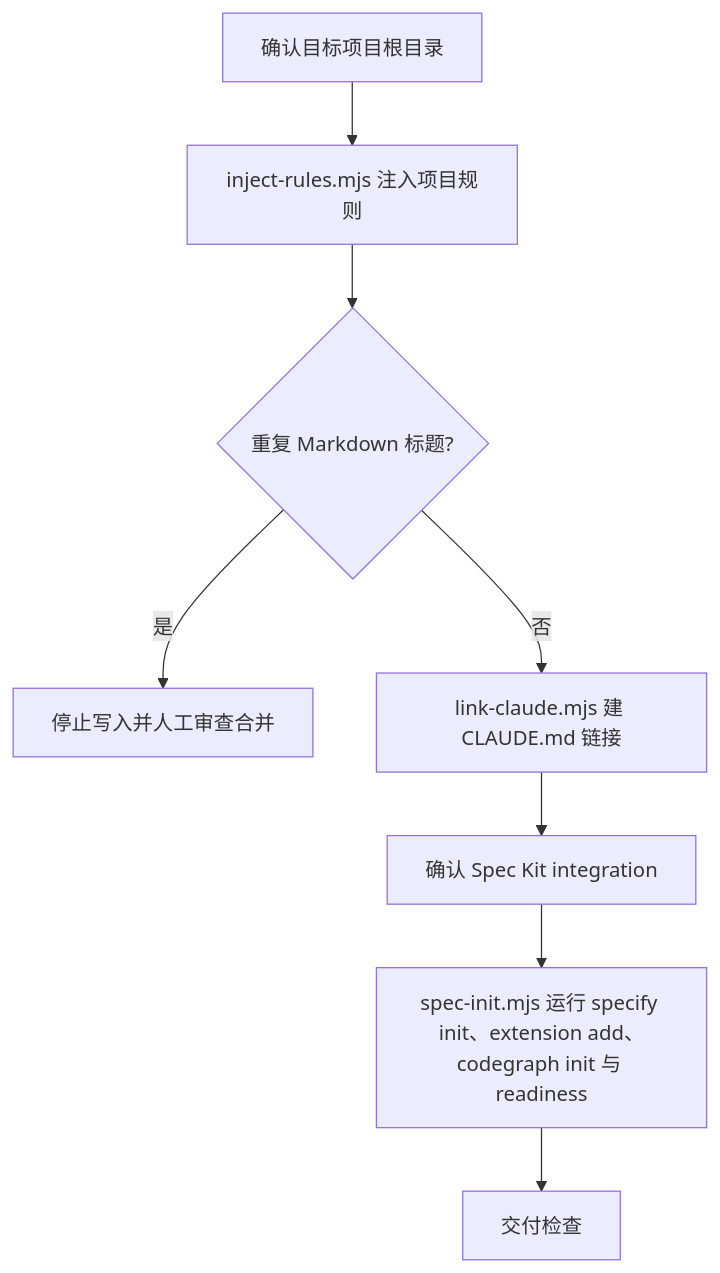
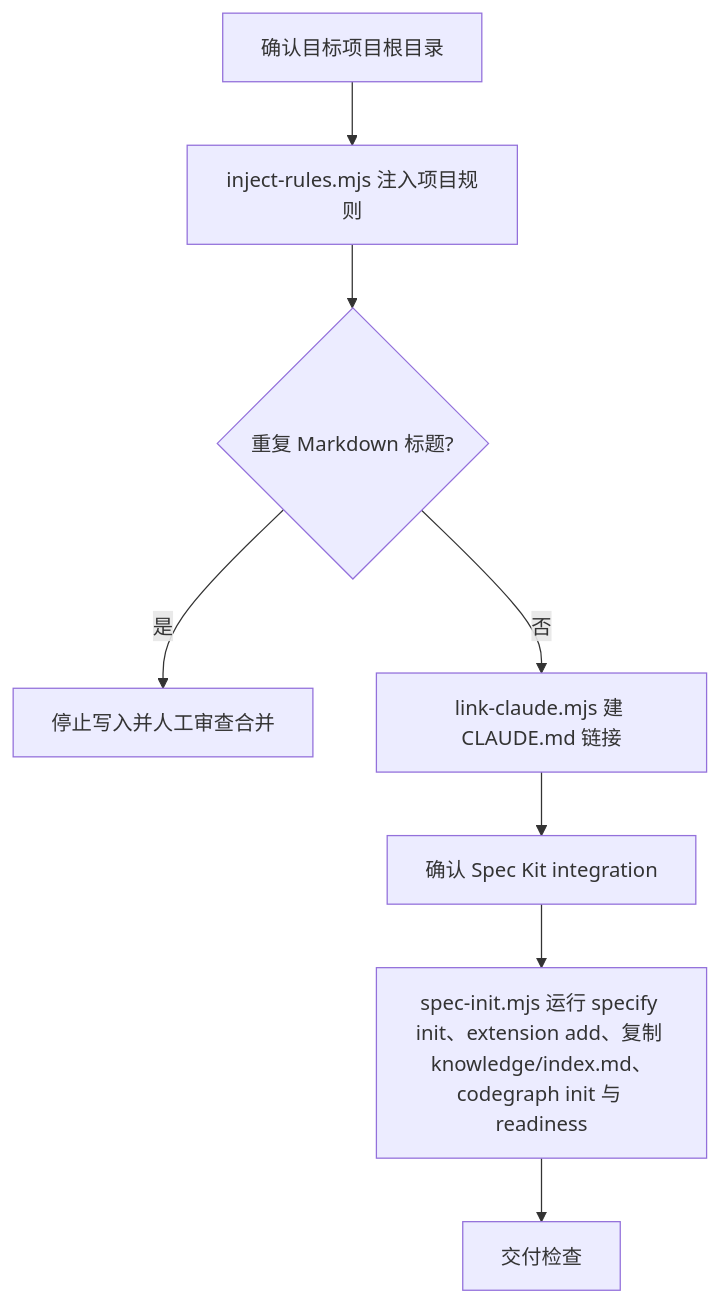
One commit to moluoxixi/AIRules changed the diagram in roles/speckit-development/skills/init-project/SKILL.md. Above: the diagram before and after it, drawn with Mermaid. The commit also changed other lines of this file and 24 other files, not shown here.

````diff
--- a/roles/speckit-development/skills/init-project/SKILL.md
+++ b/roles/speckit-development/skills/init-project/SKILL.md
@@ -24,10 +24,10 @@
 ```mermaid
 flowchart TD
   A[确认目标项目根目录] --> B[inject-rules.mjs 注入项目规则]
   B --> C{重复 Markdown 标题?}
   C -->|是| D[停止写入并人工审查合并]
   C -->|否| E[link-claude.mjs 建 CLAUDE.md 链接]
   E --> F[确认 Spec Kit integration]
-  F --> G[spec-init.mjs 运行 specify init、extension add、codegraph init 与 readiness]
+  F --> G[spec-init.mjs 运行 specify init、extension add、复制 knowledge/index.md、codegraph init 与 readiness]
   G --> H[交付检查]
 ```
````
